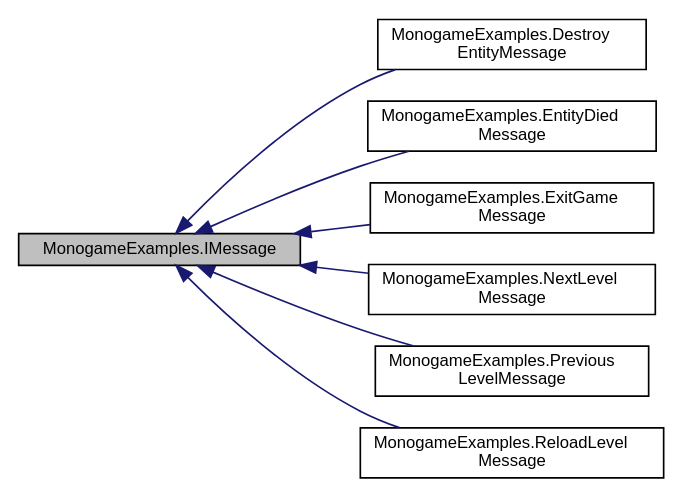
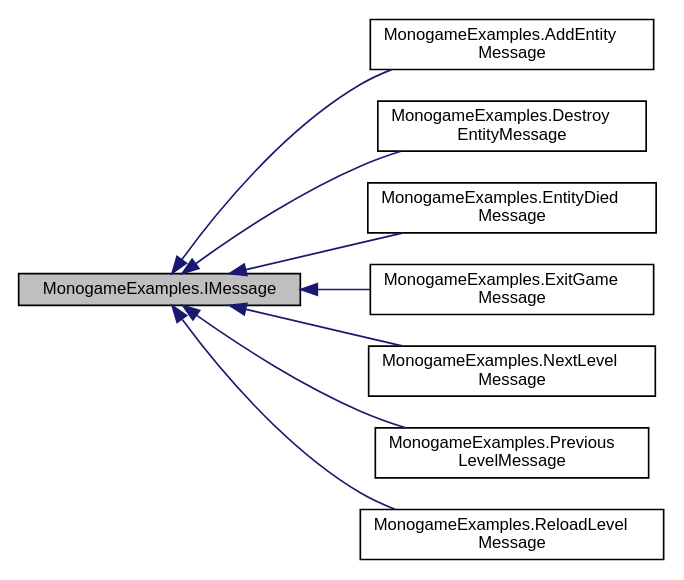
Before and after one commit to DreamyStranger/MonoGame-Platformer: the diagram in docs/interfaceMonogameExamples_1_1IMessage__inherit__graph.dot, drawn with Graphviz. The commit also changed 478 other files, not shown here.

```diff
--- a/docs/interfaceMonogameExamples_1_1IMessage__inherit__graph.dot
+++ b/docs/interfaceMonogameExamples_1_1IMessage__inherit__graph.dot
@@ -1,20 +1,22 @@
 digraph "MonogameExamples.IMessage"
 {
  // LATEX_PDF_SIZE
   edge [fontname="Helvetica",fontsize="10",labelfontname="Helvetica",labelfontsize="10"];
   node [fontname="Helvetica",fontsize="10",shape=record];
   rankdir="LR";
   Node1 [label="MonogameExamples.IMessage",height=0.2,width=0.4,color="black", fillcolor="grey75", style="filled", fontcolor="black",tooltip="Represents a message that can be published and subscribed to."];
   Node1 -> Node2 [dir="back",color="midnightblue",fontsize="10",style="solid",fontname="Helvetica"];
-  Node2 [label="MonogameExamples.Destroy\lEntityMessage",height=0.2,width=0.4,color="black", fillcolor="white", style="filled",URL="$classMonogameExamples_1_1DestroyEntityMessage.html",tooltip="Represents a message that indicates an entity should be destroyed. Implements the IMessage interface ..."];
+  Node2 [label="MonogameExamples.AddEntity\lMessage",height=0.2,width=0.4,color="black", fillcolor="white", style="filled",URL="$classMonogameExamples_1_1AddEntityMessage.html",tooltip=" "];
   Node1 -> Node3 [dir="back",color="midnightblue",fontsize="10",style="solid",fontname="Helvetica"];
-  Node3 [label="MonogameExamples.EntityDied\lMessage",height=0.2,width=0.4,color="black", fillcolor="white", style="filled",URL="$classMonogameExamples_1_1EntityDiedMessage.html",tooltip="Messages that given Entity has died. Implements the IMessage interface for use with the MessageBus."];
+  Node3 [label="MonogameExamples.Destroy\lEntityMessage",height=0.2,width=0.4,color="black", fillcolor="white", style="filled",URL="$classMonogameExamples_1_1DestroyEntityMessage.html",tooltip="Represents a message that indicates an entity should be destroyed. Implements the IMessage interface ..."];
   Node1 -> Node4 [dir="back",color="midnightblue",fontsize="10",style="solid",fontname="Helvetica"];
-  Node4 [label="MonogameExamples.ExitGame\lMessage",height=0.2,width=0.4,color="black", fillcolor="white", style="filled",URL="$classMonogameExamples_1_1ExitGameMessage.html",tooltip="Represents a message that indicates the game should exit. Implements the IMessage interface for use w..."];
+  Node4 [label="MonogameExamples.EntityDied\lMessage",height=0.2,width=0.4,color="black", fillcolor="white", style="filled",URL="$classMonogameExamples_1_1EntityDiedMessage.html",tooltip="Messages that given Entity has died. Implements the IMessage interface for use with the MessageBus."];
   Node1 -> Node5 [dir="back",color="midnightblue",fontsize="10",style="solid",fontname="Helvetica"];
-  Node5 [label="MonogameExamples.NextLevel\lMessage",height=0.2,width=0.4,color="black", fillcolor="white", style="filled",URL="$classMonogameExamples_1_1NextLevelMessage.html",tooltip="Represents a message that indicates the game should proceed to the next level. Implements the IMessag..."];
+  Node5 [label="MonogameExamples.ExitGame\lMessage",height=0.2,width=0.4,color="black", fillcolor="white", style="filled",URL="$classMonogameExamples_1_1ExitGameMessage.html",tooltip="Represents a message that indicates the game should exit. Implements the IMessage interface for use w..."];
   Node1 -> Node6 [dir="back",color="midnightblue",fontsize="10",style="solid",fontname="Helvetica"];
-  Node6 [label="MonogameExamples.Previous\lLevelMessage",height=0.2,width=0.4,color="black", fillcolor="white", style="filled",URL="$classMonogameExamples_1_1PreviousLevelMessage.html",tooltip="Represents a message that indicates the game should revert to the previous level. Implements the IMes..."];
+  Node6 [label="MonogameExamples.NextLevel\lMessage",height=0.2,width=0.4,color="black", fillcolor="white", style="filled",URL="$classMonogameExamples_1_1NextLevelMessage.html",tooltip="Represents a message that indicates the game should proceed to the next level. Implements the IMessag..."];
   Node1 -> Node7 [dir="back",color="midnightblue",fontsize="10",style="solid",fontname="Helvetica"];
-  Node7 [label="MonogameExamples.ReloadLevel\lMessage",height=0.2,width=0.4,color="black", fillcolor="white", style="filled",URL="$classMonogameExamples_1_1ReloadLevelMessage.html",tooltip="Represents a message that indicates the current game level should be reloaded. Implements the IMessag..."];
+  Node7 [label="MonogameExamples.Previous\lLevelMessage",height=0.2,width=0.4,color="black", fillcolor="white", style="filled",URL="$classMonogameExamples_1_1PreviousLevelMessage.html",tooltip="Represents a message that indicates the game should revert to the previous level. Implements the IMes..."];
+  Node1 -> Node8 [dir="back",color="midnightblue",fontsize="10",style="solid",fontname="Helvetica"];
+  Node8 [label="MonogameExamples.ReloadLevel\lMessage",height=0.2,width=0.4,color="black", fillcolor="white", style="filled",URL="$classMonogameExamples_1_1ReloadLevelMessage.html",tooltip="Represents a message that indicates the current game level should be reloaded. Implements the IMessag..."];
 }
```
